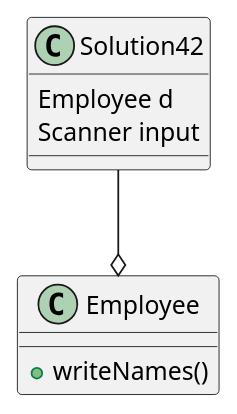
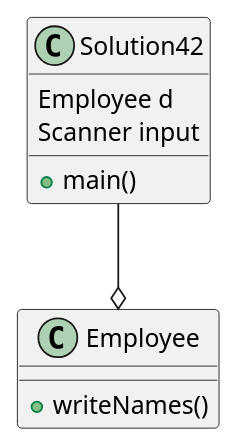
One commit to dbattles2001/battles-a04 changed the diagram in exercise42/Solution42.puml. Above: the diagram before and after it, drawn with PlantUML. The commit also changed 11 other files, not shown here.

```diff
--- a/exercise42/Solution42.puml
+++ b/exercise42/Solution42.puml
@@ -1,15 +1,16 @@
 @startuml
 'https://plantuml.com/class-diagram
 
 class Solution42 {
     Employee d
     Scanner input
+    +main()
 }
 
 class Employee{
     +writeNames()
 }
 
 Solution42 --o Employee
 
 @enduml
```
